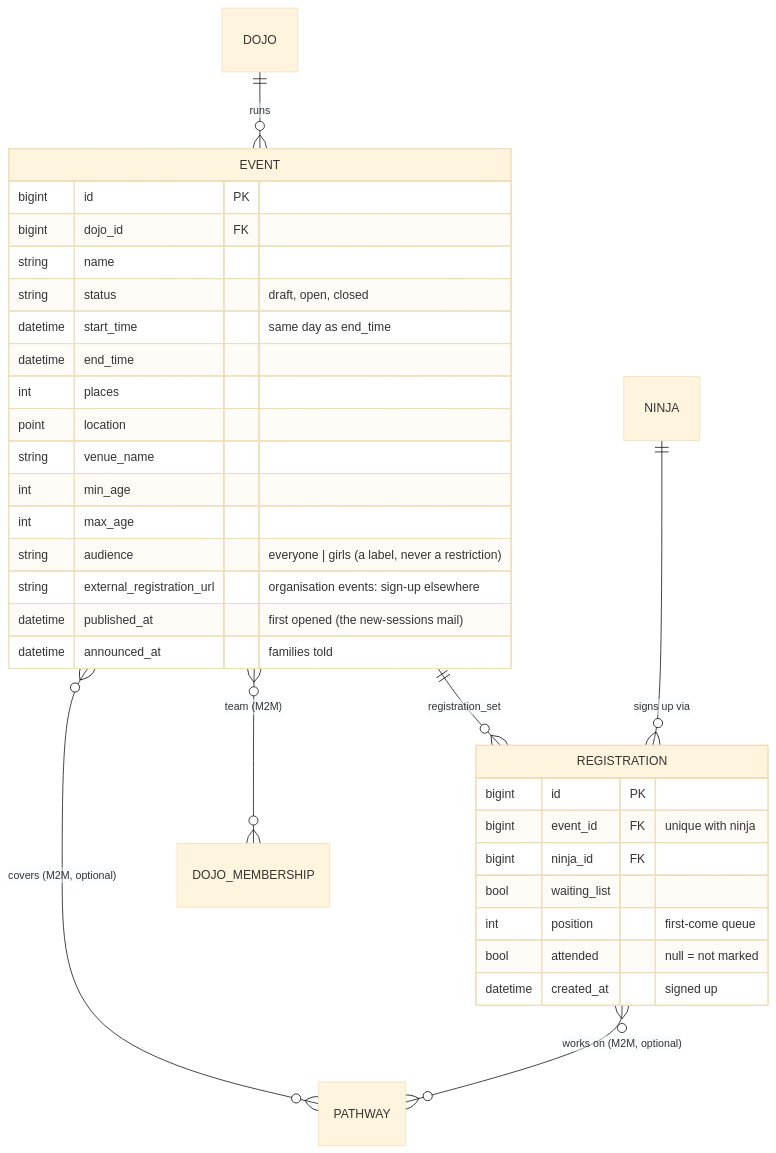
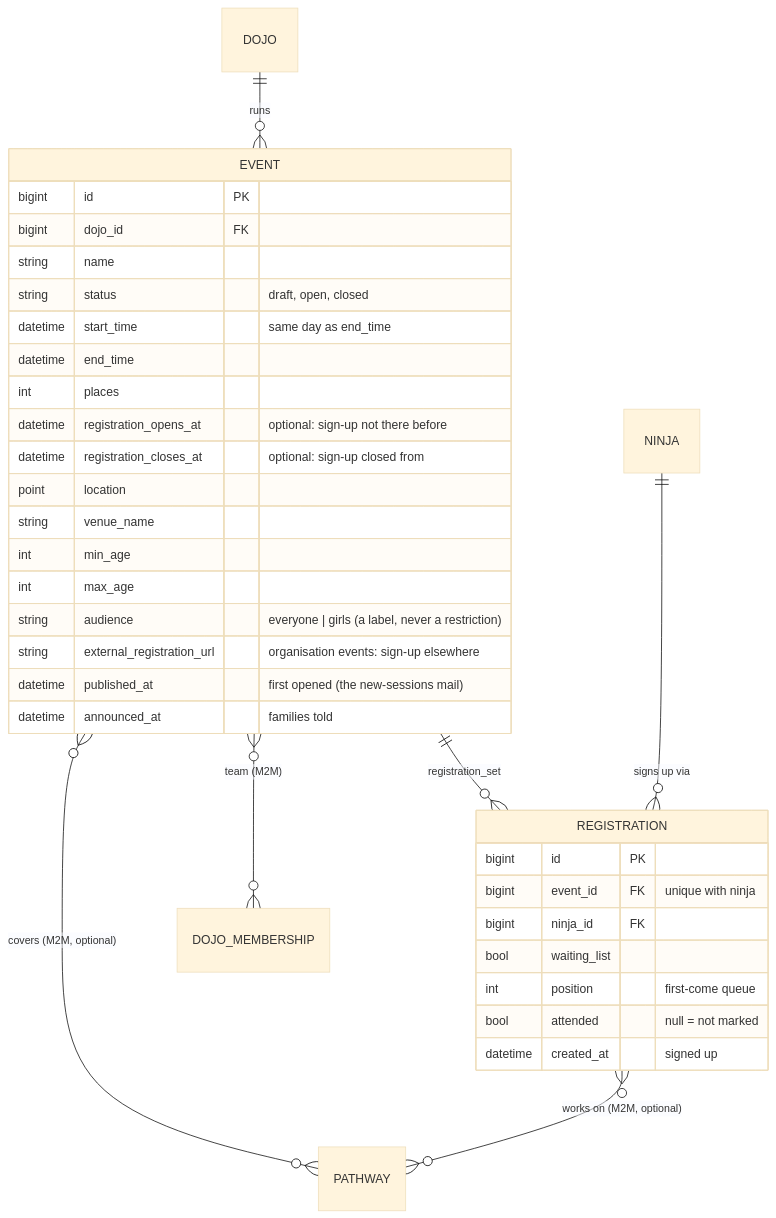
Before and after one commit to DoublG/coderdojo-event-registration: the sixth of 23 diagrams in DATA_MODEL.md, drawn with Mermaid (base theme). The commit also changed other lines of this file and 7 other files, not shown here.

````diff
--- a/DATA_MODEL.md
+++ b/DATA_MODEL.md
@@ -379,36 +379,38 @@
 ```mermaid
 erDiagram
     DOJO ||--o{ EVENT : "runs"
     EVENT ||--o{ REGISTRATION : "registration_set"
     NINJA ||--o{ REGISTRATION : "signs up via"
     EVENT }o--o{ PATHWAY : "covers (M2M, optional)"
     REGISTRATION }o--o{ PATHWAY : "works on (M2M, optional)"
     EVENT }o--o{ DOJO_MEMBERSHIP : "team (M2M)"
 
     EVENT {
         bigint id PK
         bigint dojo_id FK
         string name
         string status "draft, open, closed"
         datetime start_time "same day as end_time"
         datetime end_time
         int places
+        datetime registration_opens_at "optional: sign-up not there before"
+        datetime registration_closes_at "optional: sign-up closed from"
         point location
         string venue_name
         int min_age
         int max_age
         string audience "everyone | girls (a label, never a restriction)"
         string external_registration_url "organisation events: sign-up elsewhere"
         datetime published_at "first opened (the new-sessions mail)"
         datetime announced_at "families told"
     }
     REGISTRATION {
         bigint id PK
         bigint event_id FK "unique with ninja"
         bigint ninja_id FK
         bool waiting_list
         int position "first-come queue"
         bool attended "null = not marked"
         datetime created_at "signed up"
     }
 ```
````
